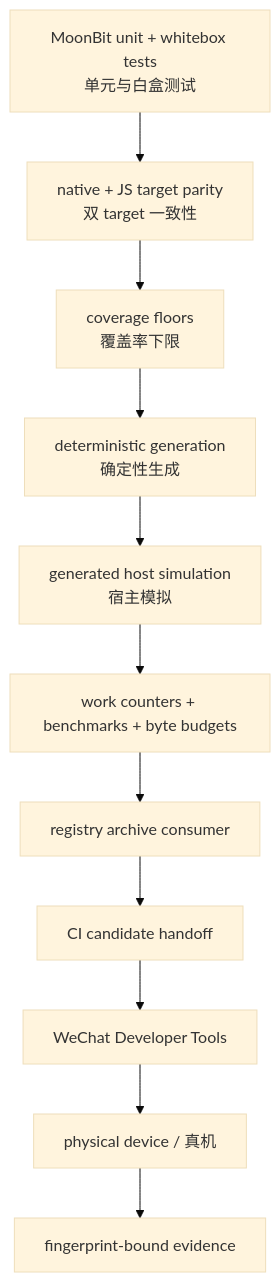
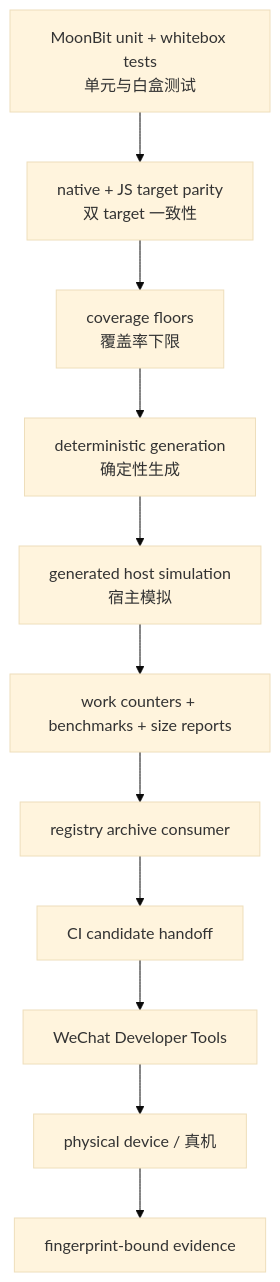
One commit to lucavance/minimoon changed the diagram in docs/code-analysis/assets/diagrams/source/08-RISKS-TESTING-AND-PERFORMANCE-1.mmd. Above: the diagram before and after it, drawn with Mermaid (base theme). The commit also changed 51 other files, not shown here.

```diff
--- a/docs/code-analysis/assets/diagrams/source/08-RISKS-TESTING-AND-PERFORMANCE-1.mmd
+++ b/docs/code-analysis/assets/diagrams/source/08-RISKS-TESTING-AND-PERFORMANCE-1.mmd
@@ -1,15 +1,15 @@
 flowchart TB
     Unit[MoonBit unit + whitebox tests<br/>单元与白盒测试]
     Cross[native + JS target parity<br/>双 target 一致性]
     Coverage[coverage floors<br/>覆盖率下限]
     Generation[deterministic generation<br/>确定性生成]
     Host[generated host simulation<br/>宿主模拟]
-    Perf[work counters + benchmarks + byte budgets]
+    Perf[work counters + benchmarks + size reports]
     Archive[registry archive consumer]
     Candidate[CI candidate handoff]
     DevTools[WeChat Developer Tools]
     Device[physical device / 真机]
     Evidence[fingerprint-bound evidence]
 
     Unit --> Cross --> Coverage --> Generation --> Host --> Perf --> Archive --> Candidate
     Candidate --> DevTools --> Device --> Evidence
```
